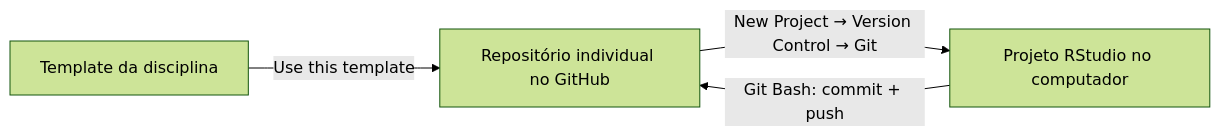
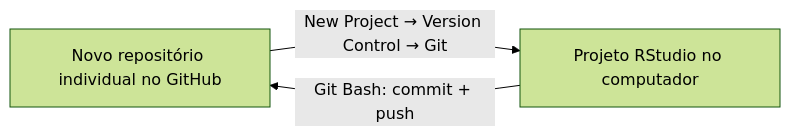
Before and after one commit to washingtonsilva/site_mpa_dtc_2026: the diagram in tutorials/git-github.qmd, drawn with Mermaid (forest theme). The commit also changed other lines of this file and 12 other files, not shown here.

````diff
--- a/tutorials/git-github.qmd
+++ b/tutorials/git-github.qmd
@@ -34,6 +37,5 @@
 ```{mermaid}
 flowchart LR
-    A["Template da disciplina"] -->|"Use this template"| B["Repositório individual no GitHub"]
-    B -->|"New Project → Version Control → Git"| C["Projeto RStudio no computador"]
-    C -->|"Git Bash: commit + push"| B
+    A["Novo repositório individual no GitHub"] -->|"New Project → Version Control → Git"| B["Projeto RStudio no computador"]
+    B -->|"Git Bash: commit + push"| A
 ```
````
